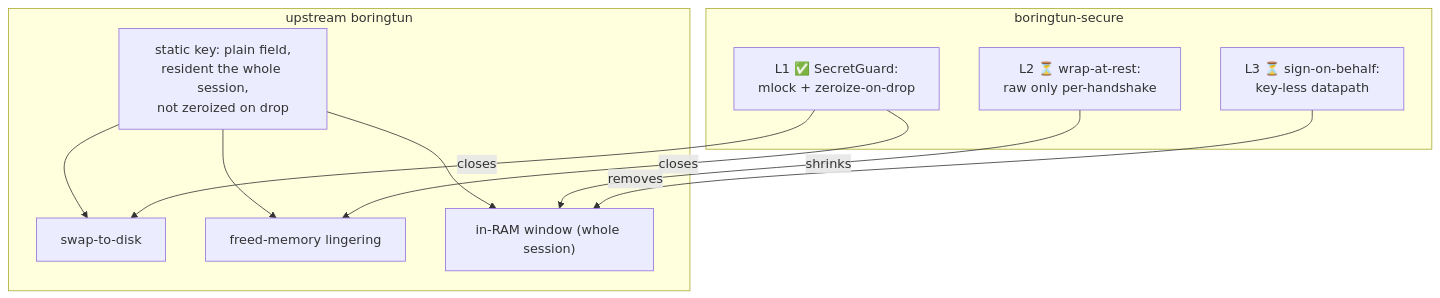
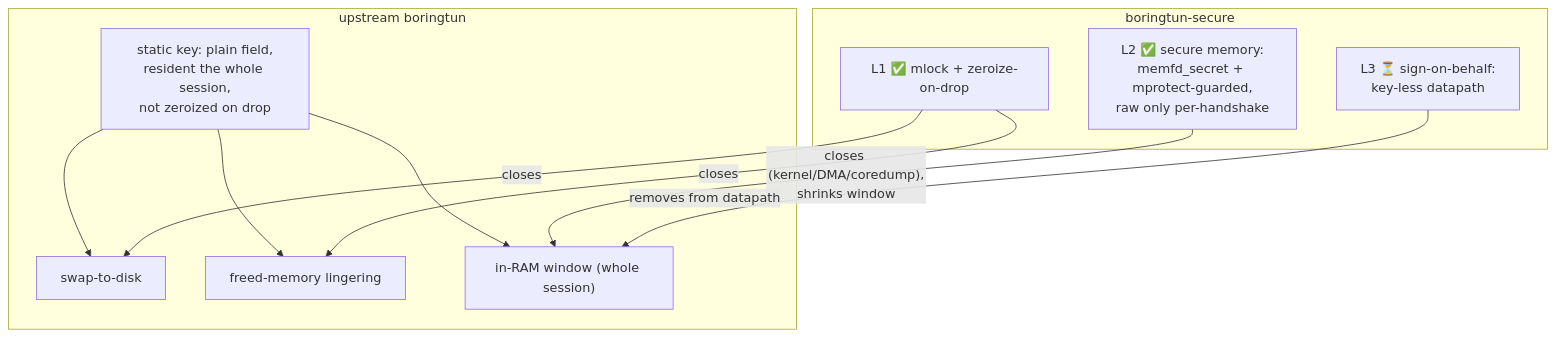
One commit to GeiserX/boringtun-secure changed the diagram in SECURITY-HARDENING.md. Above: the diagram before and after it, drawn with Mermaid. The commit also changed other lines of this file and 3 other files, not shown here.

First line of the commit message:
feat(noise): L2 — hold the static key in guarded secure memory (memfd_secret + mprotect)

````diff
--- a/SECURITY-HARDENING.md
+++ b/SECURITY-HARDENING.md
@@ -21,18 +21,18 @@
 ```mermaid
 flowchart TB
   subgraph up["upstream boringtun"]
     k["static key: plain field,<br/>resident the whole session,<br/>not zeroized on drop"]
     k --> v1["swap-to-disk"]
     k --> v2["freed-memory lingering"]
     k --> v3["in-RAM window (whole session)"]
   end
   subgraph sec["boringtun-secure"]
-    L1["L1 ✅ SecretGuard:<br/>mlock + zeroize-on-drop"]
-    L2["L2 ⏳ wrap-at-rest:<br/>raw only per-handshake"]
+    L1["L1 ✅ mlock + zeroize-on-drop"]
+    L2["L2 ✅ secure memory:<br/>memfd_secret + mprotect-guarded,<br/>raw only per-handshake"]
     L3["L3 ⏳ sign-on-behalf:<br/>key-less datapath"]
     L1 -->|closes| v1
     L1 -->|closes| v2
-    L2 -->|shrinks| v3
-    L3 -->|removes| v3
+    L2 -->|"closes (kernel/DMA/coredump),<br/>shrinks window"| v3
+    L3 -->|"removes from datapath"| v3
   end
 ```
````
